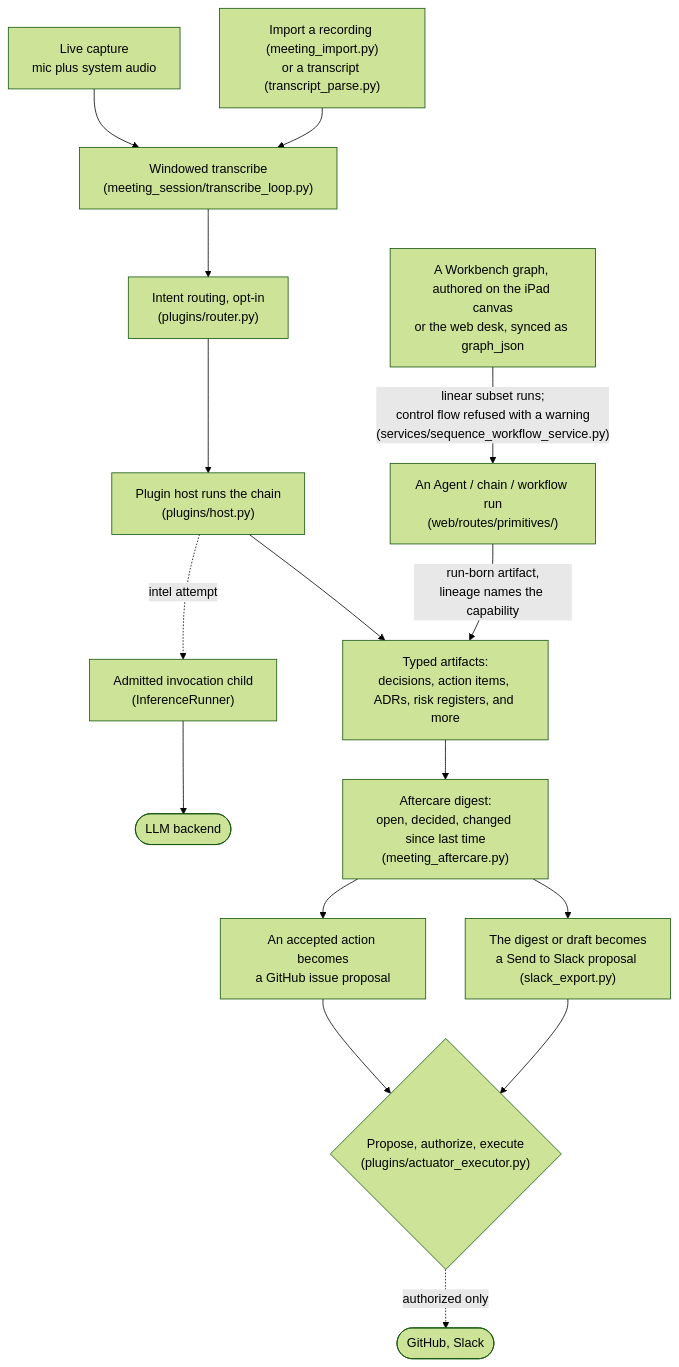
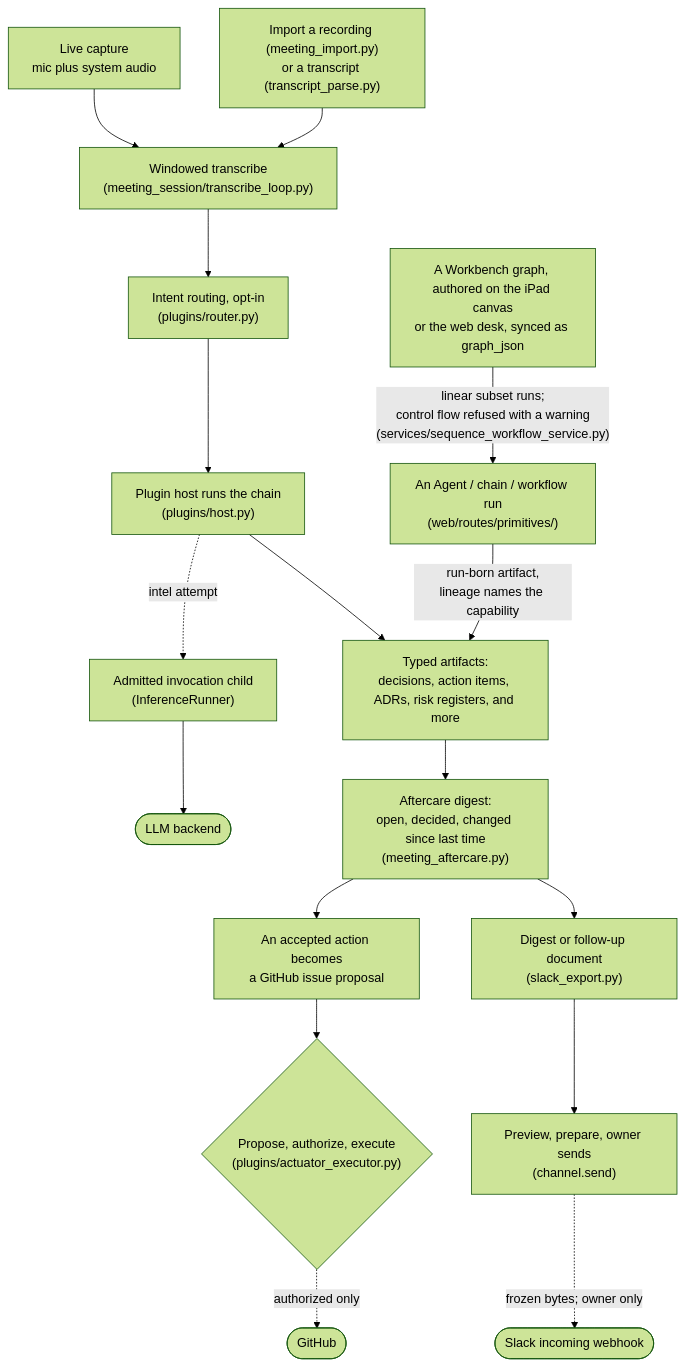
Before and after one commit to karolswdev/HoldSpeak: the sixth of 16 diagrams in docs/ARCHITECTURE.md, drawn with Mermaid (forest theme). The commit also changed other lines of this file and 106 other files, not shown here.

````diff
--- a/docs/ARCHITECTURE.md
+++ b/docs/ARCHITECTURE.md
@@ -458,19 +458,20 @@
 ```mermaid
 flowchart TD
   LIVE["Live capture<br/>mic plus system audio"] --> TRW
   IMP["Import a recording (meeting_import.py)<br/>or a transcript (transcript_parse.py)"] --> TRW
   TRW["Windowed transcribe<br/>(meeting_session/transcribe_loop.py)"] --> ROUTE
   ROUTE["Intent routing, opt-in<br/>(plugins/router.py)"] --> HOST
   HOST["Plugin host runs the chain<br/>(plugins/host.py)"]
   HOST -. "intel attempt" .-> IR["Admitted invocation child<br/>(InferenceRunner)"]
   IR --> LLM(["LLM backend"])
   HOST --> ART["Typed artifacts:<br/>decisions, action items, ADRs, risk registers, and more"]
   RUNB["An Agent / chain / workflow run<br/>(web/routes/primitives/)"] -- "run-born artifact,<br/>lineage names the capability" --> ART
   GRAPH["A Workbench graph, authored on the iPad canvas<br/>or the web desk, synced as graph_json"] -- "linear subset runs;<br/>control flow refused with a warning<br/>(services/sequence_workflow_service.py)" --> RUNB
   ART --> AFT["Aftercare digest:<br/>open, decided, changed since last time<br/>(meeting_aftercare.py)"]
   AFT --> ISSUE["An accepted action becomes<br/>a GitHub issue proposal"]
-  AFT --> SLACK["The digest or draft becomes<br/>a Send to Slack proposal (slack_export.py)"]
+  AFT --> SLACK["Digest or follow-up document<br/>(slack_export.py)"]
   ISSUE --> APV{"Propose, authorize, execute<br/>(plugins/actuator_executor.py)"}
-  SLACK --> APV
-  APV -. "authorized only" .-> EXT(["GitHub, Slack"])
+  SLACK --> SEND["Preview, prepare, owner sends<br/>(channel.send)"]
+  SEND -. "frozen bytes; owner only" .-> SLEXT(["Slack incoming webhook"])
+  APV -. "authorized only" .-> EXT(["GitHub"])
 ```
````
